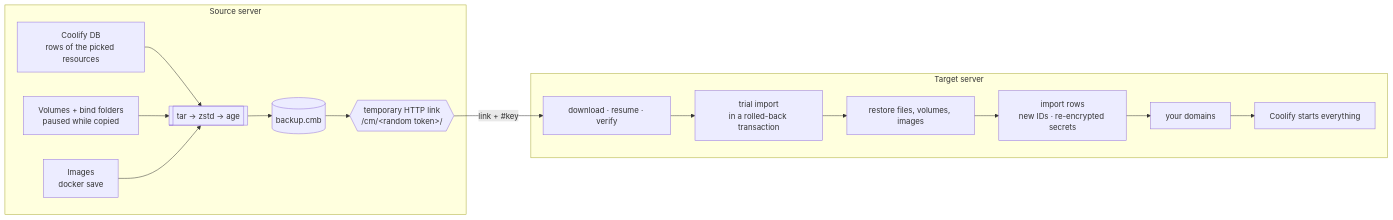
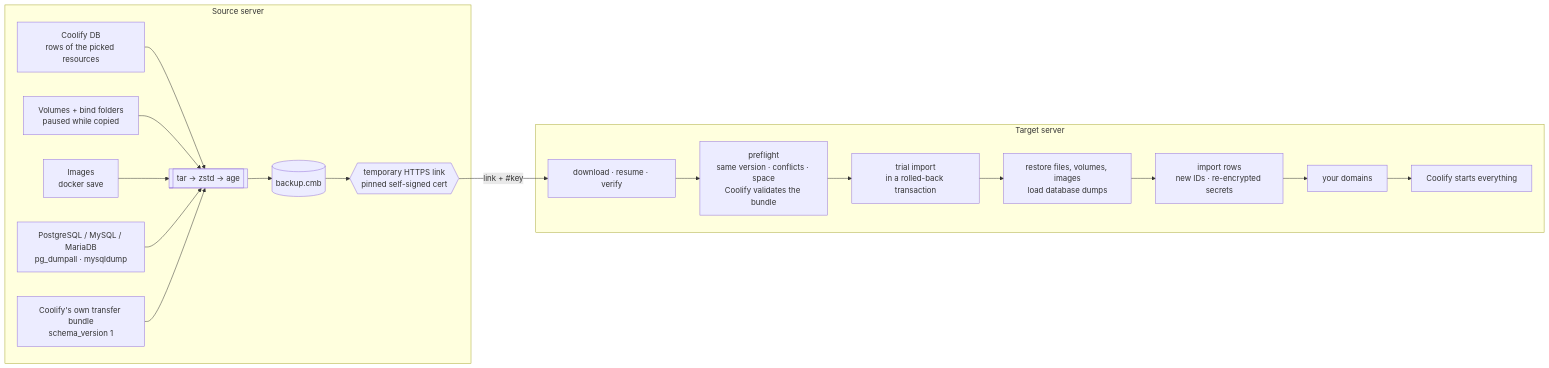
Before and after one commit to mtalavi/coolify-mirror: the diagram in README.md, drawn with Mermaid. The commit also changed other lines of this file and 23 other files, not shown here.

First line of the commit message:
1.2.0: HTTPS-only pinned transfer, native database dumps, strict preflight (#3)

````diff
--- a/README.md
+++ b/README.md
@@ -148,18 +150,21 @@
 ```mermaid
 flowchart LR
   subgraph S[Source server]
     A[Coolify DB<br/>rows of the picked resources] --> P
     B[Volumes + bind folders<br/>paused while copied] --> P
     C[Images<br/>docker save] --> P
+    E[PostgreSQL / MySQL / MariaDB<br/>pg_dumpall · mysqldump] --> P
+    O[Coolify's own transfer bundle<br/>schema_version 1] --> P
     P[[tar → zstd → age]] --> F[(backup.cmb)]
-    F --> H{{temporary HTTP link<br/>/cm/&lt;random token&gt;/}}
+    F --> H{{temporary HTTPS link<br/>pinned self-signed cert}}
   end
   H -- "link + #key" --> D
   subgraph T[Target server]
-    D[download · resume · verify] --> R[trial import<br/>in a rolled-back transaction]
-    R --> X[restore files, volumes, images]
+    D[download · resume · verify] --> Q[preflight<br/>same version · conflicts · space<br/>Coolify validates the bundle]
+    Q --> R[trial import<br/>in a rolled-back transaction]
+    R --> X[restore files, volumes, images<br/>load database dumps]
     X --> I[import rows<br/>new IDs · re-encrypted secrets]
     I --> N[your domains]
     N --> Z[Coolify starts everything]
   end
 ```
````
